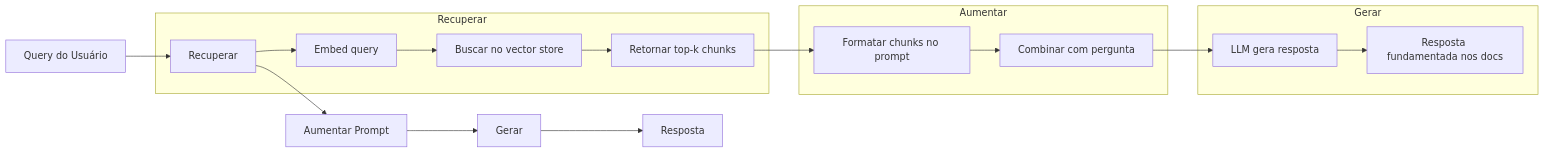
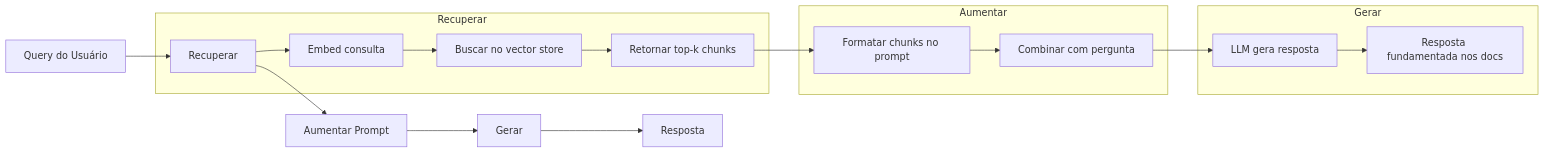
One commit to rohitg00/ai-engineering-from-scratch changed the diagram in phases/11-llm-engineering/06-rag/docs/pt-br.md. Above: the diagram before and after it, drawn with Mermaid. The commit also changed other lines of this file and 881 other files, not shown here.

````diff
--- a/phases/11-llm-engineering/06-rag/docs/pt-br.md
+++ b/phases/11-llm-engineering/06-rag/docs/pt-br.md
@@ -30,23 +30,23 @@
 ```mermaid
 graph LR
     Q["Query do Usuário"] --> R["Recuperar"]
     R --> A["Aumentar Prompt"]
     A --> G["Gerar"]
     G --> Ans["Resposta"]
 
     subgraph "Recuperar"
-        R --> Embed["Embed query"]
+        R --> Embed["Embed consulta"]
         Embed --> Search["Buscar no vector store"]
         Search --> TopK["Retornar top-k chunks"]
     end
 
     subgraph "Aumentar"
         TopK --> Format["Formatar chunks no prompt"]
         Format --> Combine["Combinar com pergunta"]
     end
 
     subgraph "Gerar"
         Combine --> LLM["LLM gera resposta"]
         LLM --> Cite["Resposta fundamentada nos docs"]
     end
 ```
````
